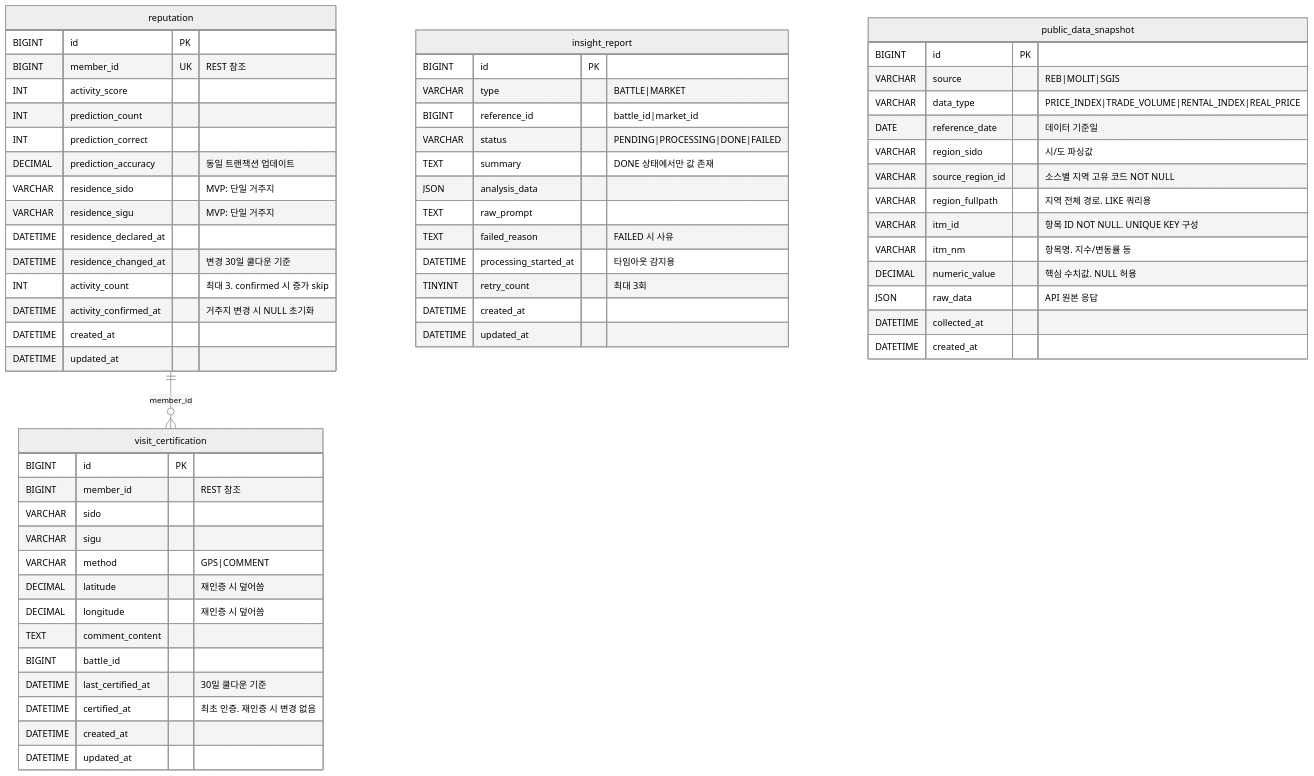
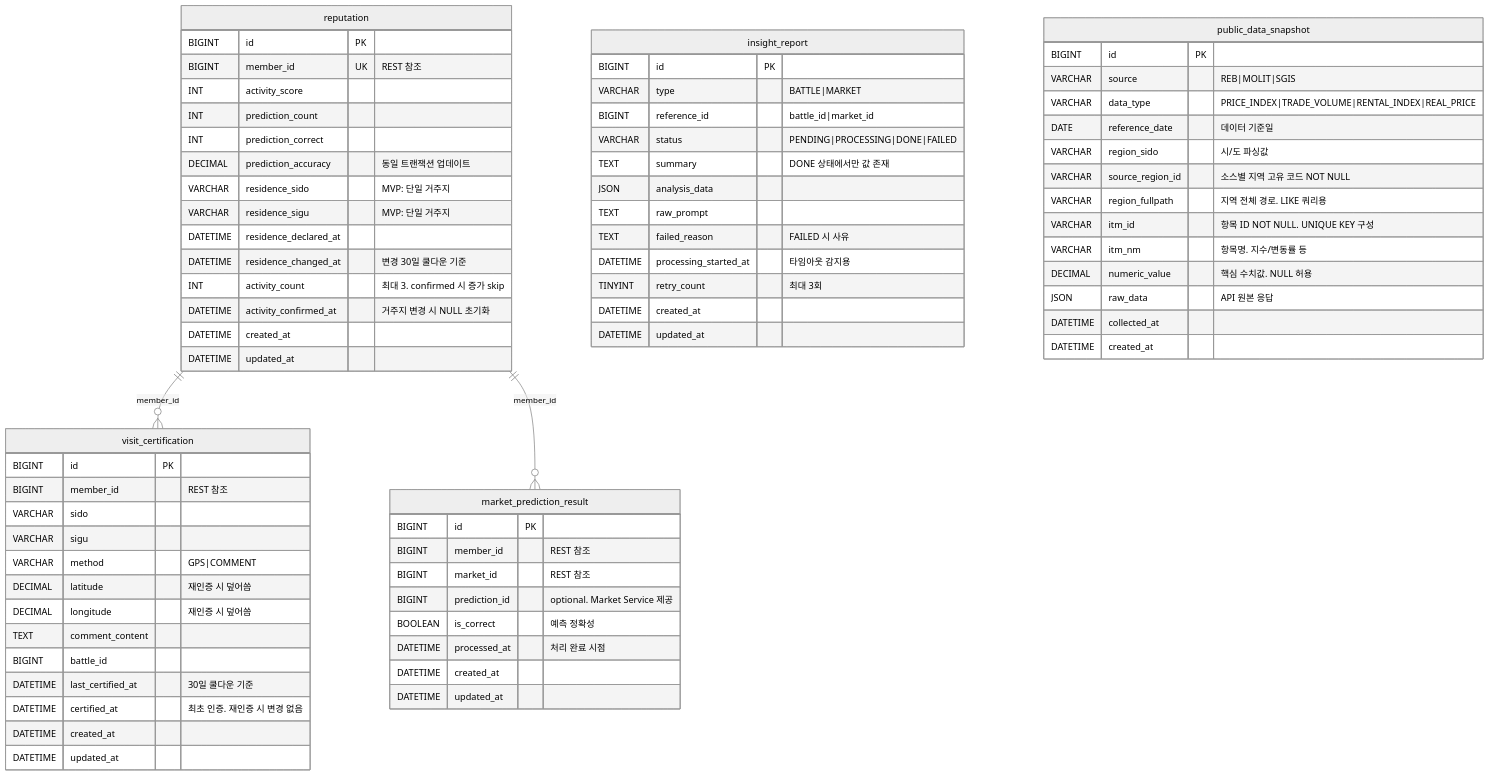
One commit to K-Ghwan99/todongsan changed the diagram in docs/insight-reputation/INSIGHT_ERD.md. Above: the diagram before and after it, drawn with Mermaid (neutral theme). The commit also changed other lines of this file and 7 other files, not shown here.

First line of the commit message:
feat: Market prediction accuracy 업데이트 API 멱등성 보장

````diff
--- a/docs/insight-reputation/INSIGHT_ERD.md
+++ b/docs/insight-reputation/INSIGHT_ERD.md
@@ -194,68 +234,80 @@
 ```mermaid
 erDiagram
     reputation {
         BIGINT id PK
         BIGINT member_id UK "REST 참조"
         INT activity_score
         INT prediction_count
         INT prediction_correct
         DECIMAL prediction_accuracy "동일 트랜잭션 업데이트"
         VARCHAR residence_sido "MVP: 단일 거주지"
         VARCHAR residence_sigu "MVP: 단일 거주지"
         DATETIME residence_declared_at
         DATETIME residence_changed_at "변경 30일 쿨다운 기준"
         INT activity_count "최대 3. confirmed 시 증가 skip"
         DATETIME activity_confirmed_at "거주지 변경 시 NULL 초기화"
         DATETIME created_at
         DATETIME updated_at
     }
 
     visit_certification {
         BIGINT id PK
         BIGINT member_id "REST 참조"
         VARCHAR sido
         VARCHAR sigu
         VARCHAR method "GPS|COMMENT"
         DECIMAL latitude "재인증 시 덮어씀"
         DECIMAL longitude "재인증 시 덮어씀"
         TEXT comment_content
         BIGINT battle_id
         DATETIME last_certified_at "30일 쿨다운 기준"
         DATETIME certified_at "최초 인증. 재인증 시 변경 없음"
         DATETIME created_at
         DATETIME updated_at
     }
 
     insight_report {
         BIGINT id PK
         VARCHAR type "BATTLE|MARKET"
         BIGINT reference_id "battle_id|market_id"
         VARCHAR status "PENDING|PROCESSING|DONE|FAILED"
         TEXT summary "DONE 상태에서만 값 존재"
         JSON analysis_data
         TEXT raw_prompt
         TEXT failed_reason "FAILED 시 사유"
         DATETIME processing_started_at "타임아웃 감지용"
         TINYINT retry_count "최대 3회"
         DATETIME created_at
         DATETIME updated_at
     }
 
     public_data_snapshot {
         BIGINT id PK
         VARCHAR source "REB|MOLIT|SGIS"
         VARCHAR data_type "PRICE_INDEX|TRADE_VOLUME|RENTAL_INDEX|REAL_PRICE"
         DATE reference_date "데이터 기준일"
         VARCHAR region_sido "시/도 파싱값"
         VARCHAR source_region_id "소스별 지역 고유 코드 NOT NULL"
         VARCHAR region_fullpath "지역 전체 경로. LIKE 쿼리용"
         VARCHAR itm_id "항목 ID NOT NULL. UNIQUE KEY 구성"
         VARCHAR itm_nm "항목명. 지수/변동률 등"
         DECIMAL numeric_value "핵심 수치값. NULL 허용"
         JSON raw_data "API 원본 응답"
         DATETIME collected_at
         DATETIME created_at
     }
 
+    market_prediction_result {
+        BIGINT id PK
+        BIGINT member_id "REST 참조"
+        BIGINT market_id "REST 참조"
+        BIGINT prediction_id "optional. Market Service 제공"
+        BOOLEAN is_correct "예측 정확성"
+        DATETIME processed_at "처리 완료 시점"
+        DATETIME created_at
+        DATETIME updated_at
+    }
+
     reputation ||--o{ visit_certification : member_id
+    reputation ||--o{ market_prediction_result : member_id
 ```
````
